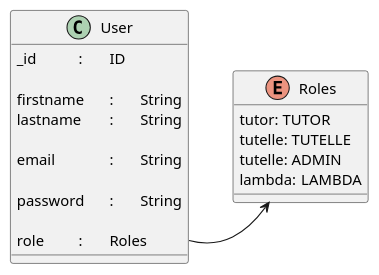
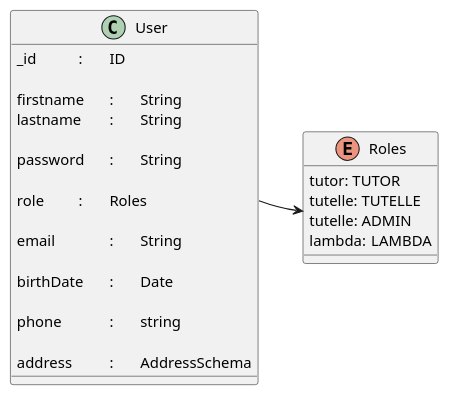
The diagram in doc/User.plantuml (FlorianMarcon/BankModels), drawn with PlantUML before and after one commit. The commit also changed 18 other files, not shown here.

```diff
--- a/doc/User.plantuml
+++ b/doc/User.plantuml
@@ -1,25 +1,31 @@
 @startuml
 
 enum Roles {
 	tutor: TUTOR
 	tutelle: TUTELLE
 	tutelle: ADMIN
 	lambda:	LAMBDA
 }
 
 class User {
 	_id		:	ID
 
 	firstname	:	String
 	lastname	:	String
 
-	email		:	String
-
 	password	:	String
 
 	role		:	Roles
+
+	email		:	String
+
+	birthDate	:	Date
+
+	phone		:	string
+
+	address		:	AddressSchema
 }
 
 User::role -> Roles
 
 @enduml
```
